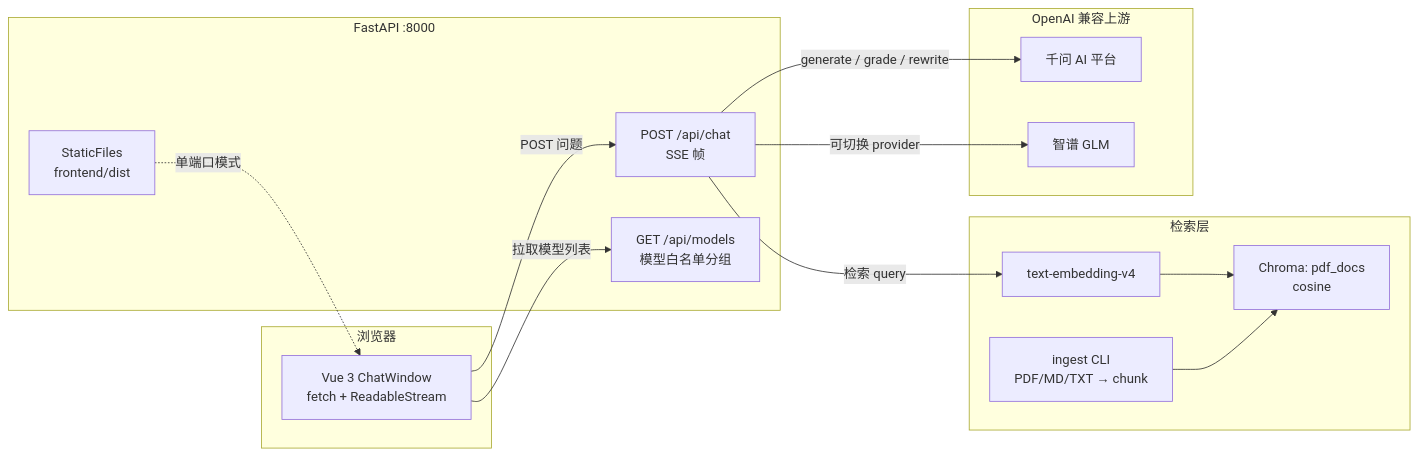
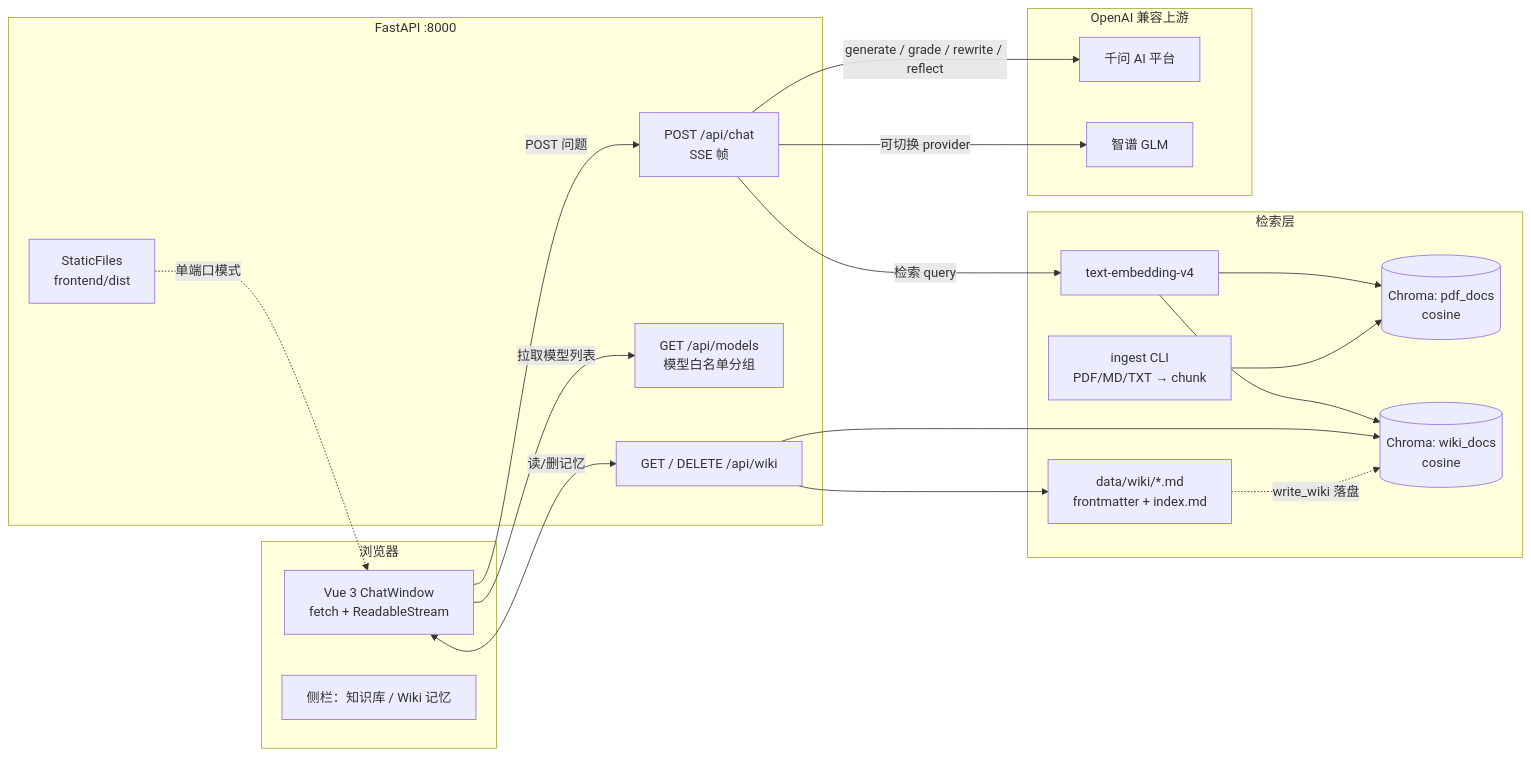
The first of 4 diagrams in .doc/architecture.md (WaltTYT/wiki-agent), drawn with Mermaid before and after one commit. The commit also changed other lines of this file and 29 other files, not shown here.

````diff
--- a/.doc/architecture.md
+++ b/.doc/architecture.md
@@ -8,29 +8,38 @@
 ```mermaid
 flowchart LR
     subgraph Browser["浏览器"]
         UI["Vue 3 ChatWindow<br/>fetch + ReadableStream"]
+        PANEL["侧栏：知识库 / Wiki 记忆"]
     end
     subgraph API["FastAPI :8000"]
         CHAT["POST /api/chat<br/>SSE 帧"]
         MODELS["GET /api/models<br/>模型白名单分组"]
+        WIKI_API["GET / DELETE /api/wiki"]
         STATIC["StaticFiles<br/>frontend/dist"]
     end
     subgraph RAG["检索层"]
         EMB["text-embedding-v4"]
-        PDF["Chroma: pdf_docs<br/>cosine"]
+        PDF[("Chroma: pdf_docs<br/>cosine")]
+        WIKI[("Chroma: wiki_docs<br/>cosine")]
+        MD["data/wiki/*.md<br/>frontmatter + index.md"]
         INGEST["ingest CLI<br/>PDF/MD/TXT → chunk"]
     end
     subgraph LLM["OpenAI 兼容上游"]
         QWEN["千问 AI 平台"]
         GLM["智谱 GLM"]
     end
 
     UI -->|POST 问题| CHAT
     UI -->|拉取模型列表| MODELS
+    UI <-->|读/删记忆| WIKI_API
     STATIC -.->|单端口模式| UI
     CHAT -->|检索 query| EMB
     EMB --> PDF
+    EMB --> WIKI
     INGEST --> PDF
-    CHAT -->|generate / grade / rewrite| QWEN
+    CHAT -->|generate / grade / rewrite / reflect| QWEN
     CHAT -->|可切换 provider| GLM
+    WIKI_API --> MD
+    WIKI_API --> WIKI
+    MD -.->|write_wiki 落盘| WIKI
 ```
````
